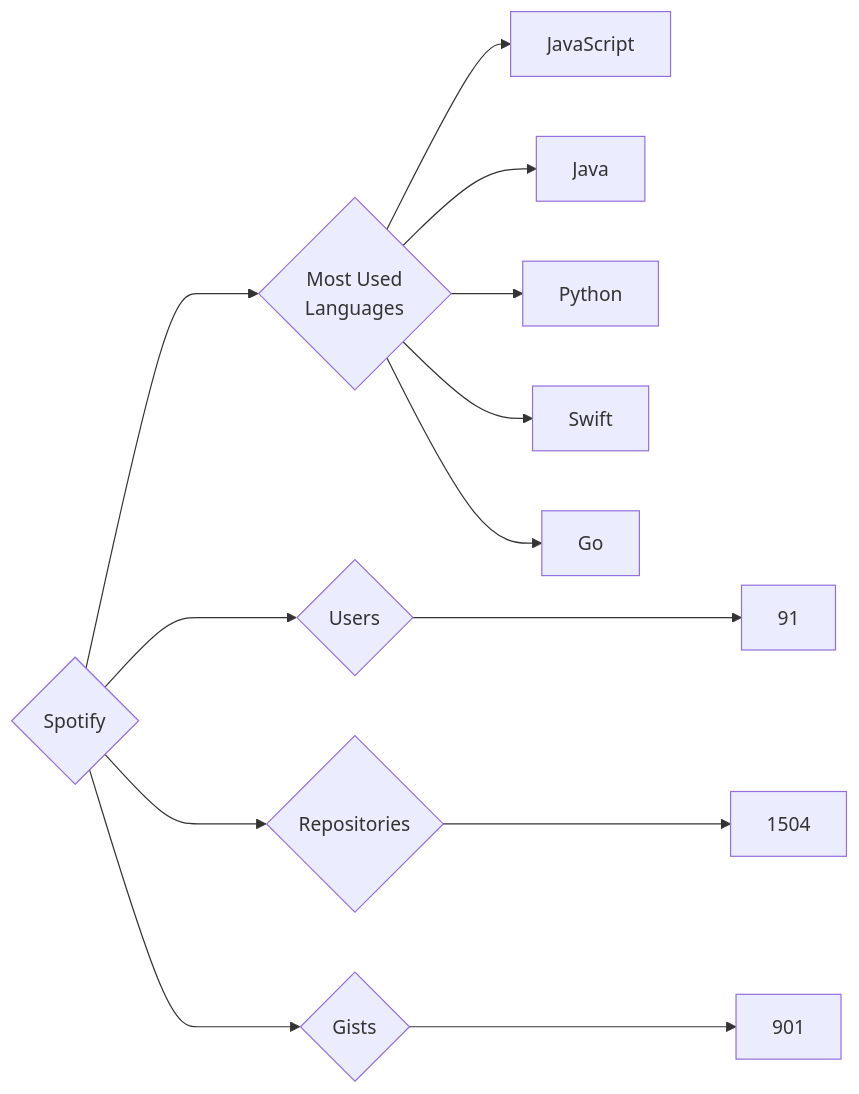
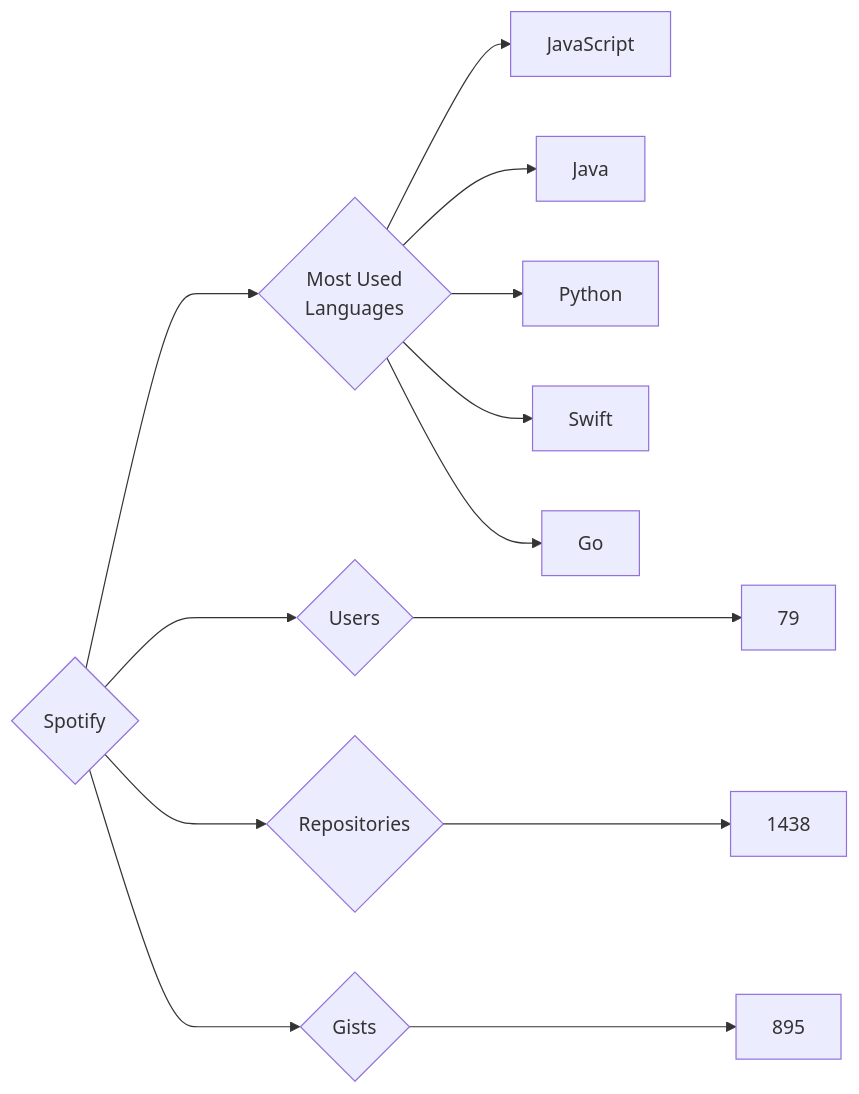
Before and after one commit to trickest/insiders: the diagram in targets/Spotify/README.md, drawn with Mermaid. The commit also changed 677 other files, not shown here.

````diff
--- a/targets/Spotify/README.md
+++ b/targets/Spotify/README.md
@@ -3,13 +3,13 @@
 ```mermaid
 graph LR
 COMPANY_NAME{Spotify}
-COMPANY_NAME ---> U{Users} ---> UN[91]
-COMPANY_NAME ---> R{Repositories} ---> RN[1504]
-COMPANY_NAME ---> G{Gists} ---> GN[901]
+COMPANY_NAME ---> U{Users} ---> UN[79]
+COMPANY_NAME ---> R{Repositories} ---> RN[1438]
+COMPANY_NAME ---> G{Gists} ---> GN[895]
 COMPANY_NAME ---> ML{Most Used<br>Languages}
 ML --> JavaScript[JavaScript]
 ML --> Java[Java]
 ML --> Python[Python]
 ML --> Swift[Swift]
 ML --> Go[Go]
 ```
````
